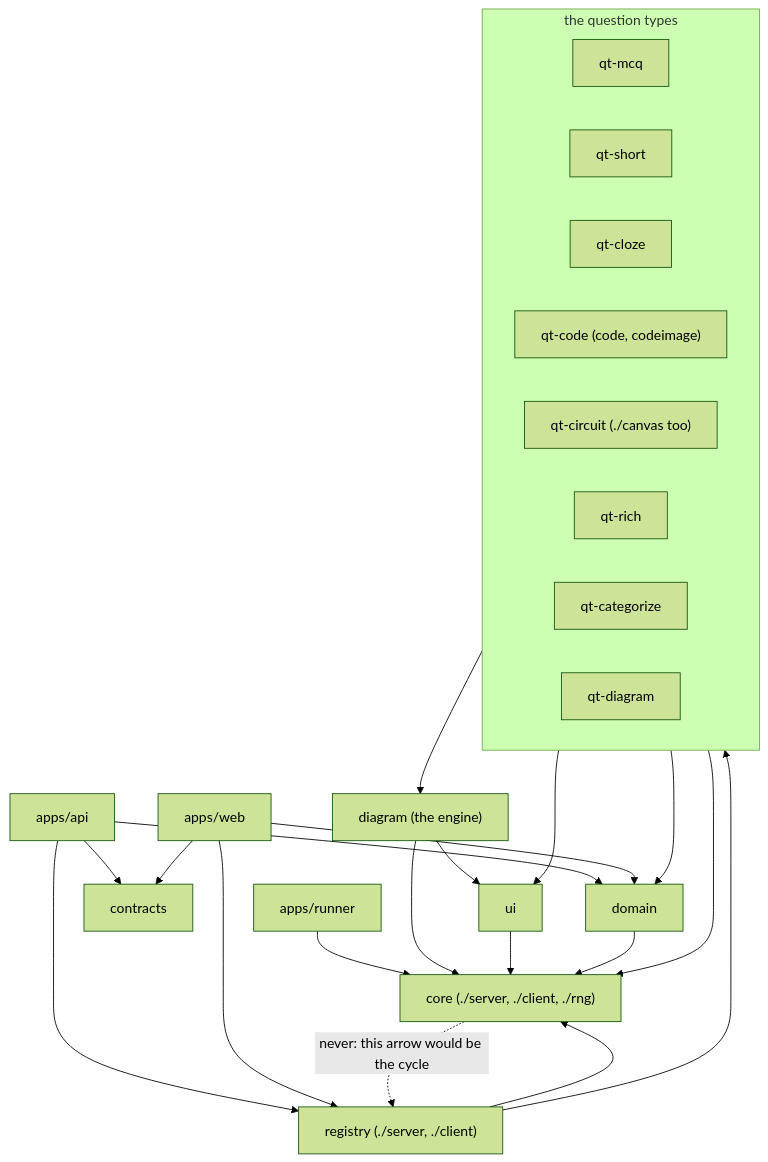
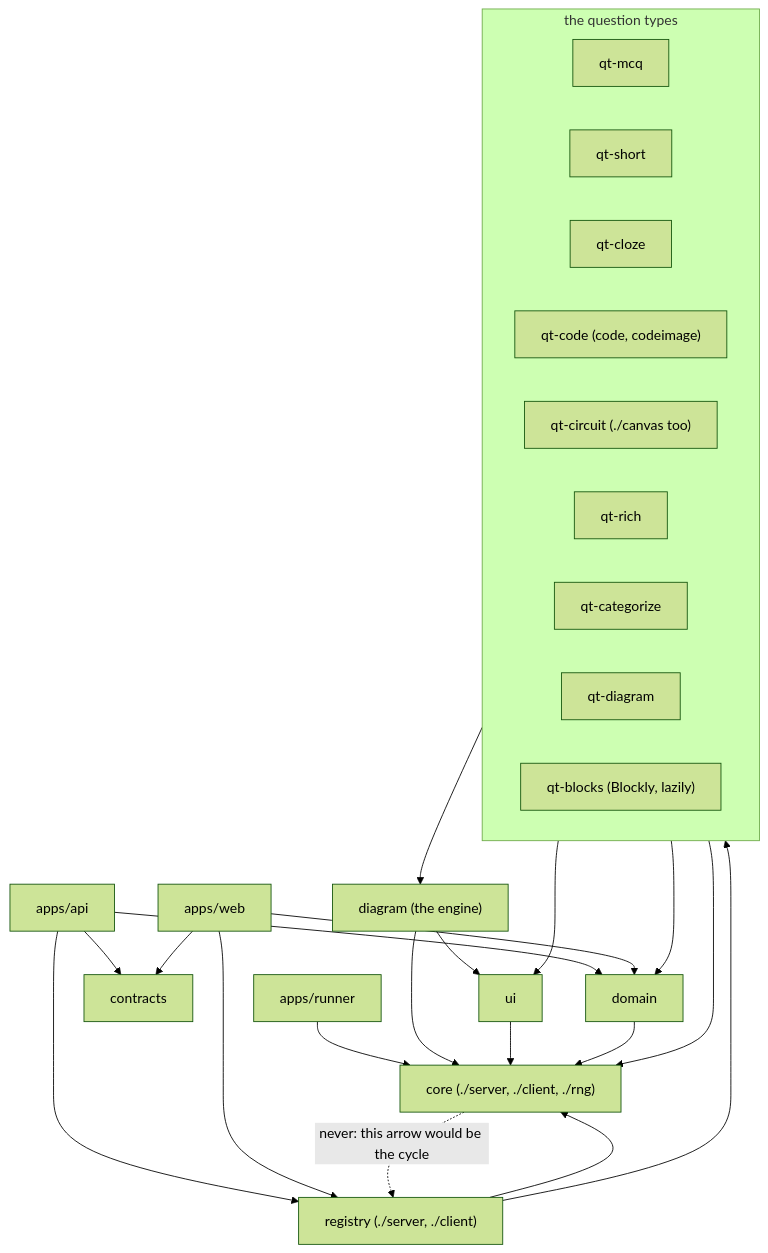
One commit to heig-tin-info/heig-quiz changed the second of 8 diagrams in docs/development/architecture.md. Above: the diagram before and after it, drawn with Mermaid (forest theme). The commit also changed other lines of this file and 4 other files, not shown here.

````diff
--- a/docs/development/architecture.md
+++ b/docs/development/architecture.md
@@ -59,41 +59,42 @@
 ```mermaid
 flowchart TB
   API["apps/api"]
   WEB["apps/web"]
   RUNNER["apps/runner"]
   REG["registry (./server, ./client)"]
   CON["contracts"]
   DOM["domain"]
   CORE["core (./server, ./client, ./rng)"]
   UI["ui"]
   subgraph QT["the question types"]
     direction LR
     MCQ["qt-mcq"]
     SHORT["qt-short"]
     CLOZE["qt-cloze"]
     CODE["qt-code (code, codeimage)"]
     CIRCUIT["qt-circuit (./canvas too)"]
     RICH["qt-rich"]
     CATEGORIZE["qt-categorize"]
     DIAGRAMQT["qt-diagram"]
+    BLOCKS["qt-blocks (Blockly, lazily)"]
   end
   DIAGRAM["diagram (the engine)"]
   API --> CON
   API --> REG
   API --> DOM
   WEB --> CON
   WEB --> REG
   WEB --> DOM
   RUNNER --> CORE
   REG --> QT
   REG --> CORE
   QT --> DOM
   QT --> UI
   QT --> CORE
   DIAGRAMQT --> DIAGRAM
   DIAGRAM --> UI
   DIAGRAM --> CORE
   UI --> CORE
   DOM --> CORE
   CORE -. "never: this arrow would be the cycle" .-> REG
 ```
````
